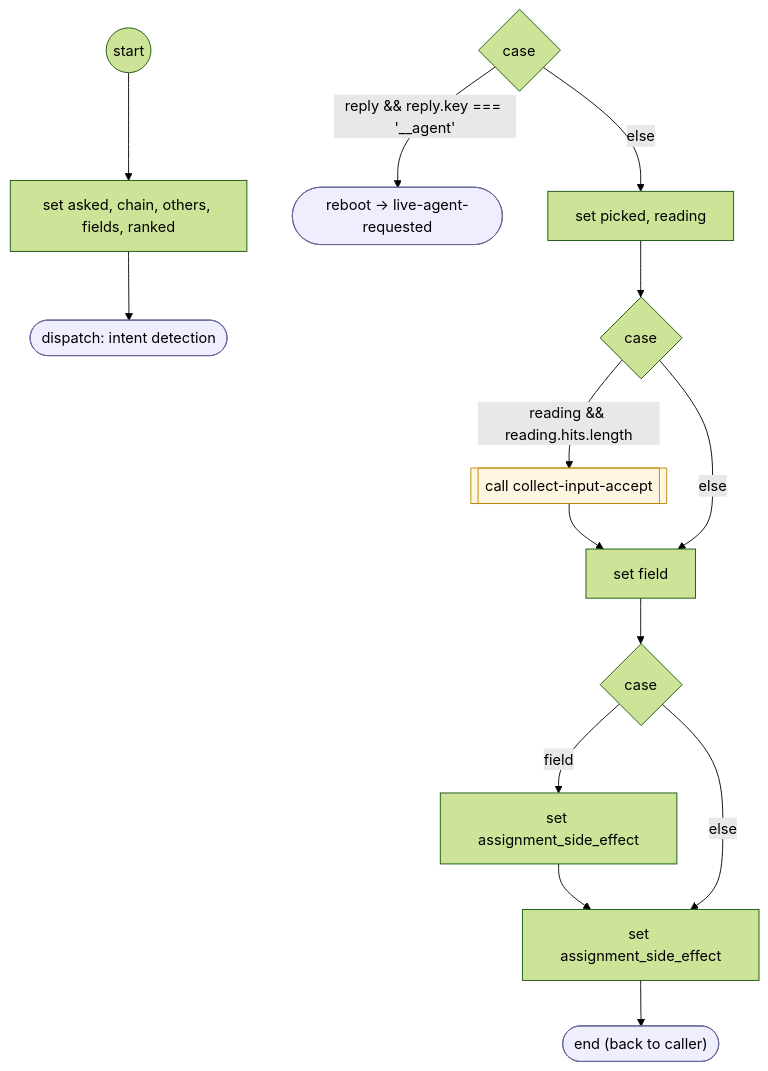
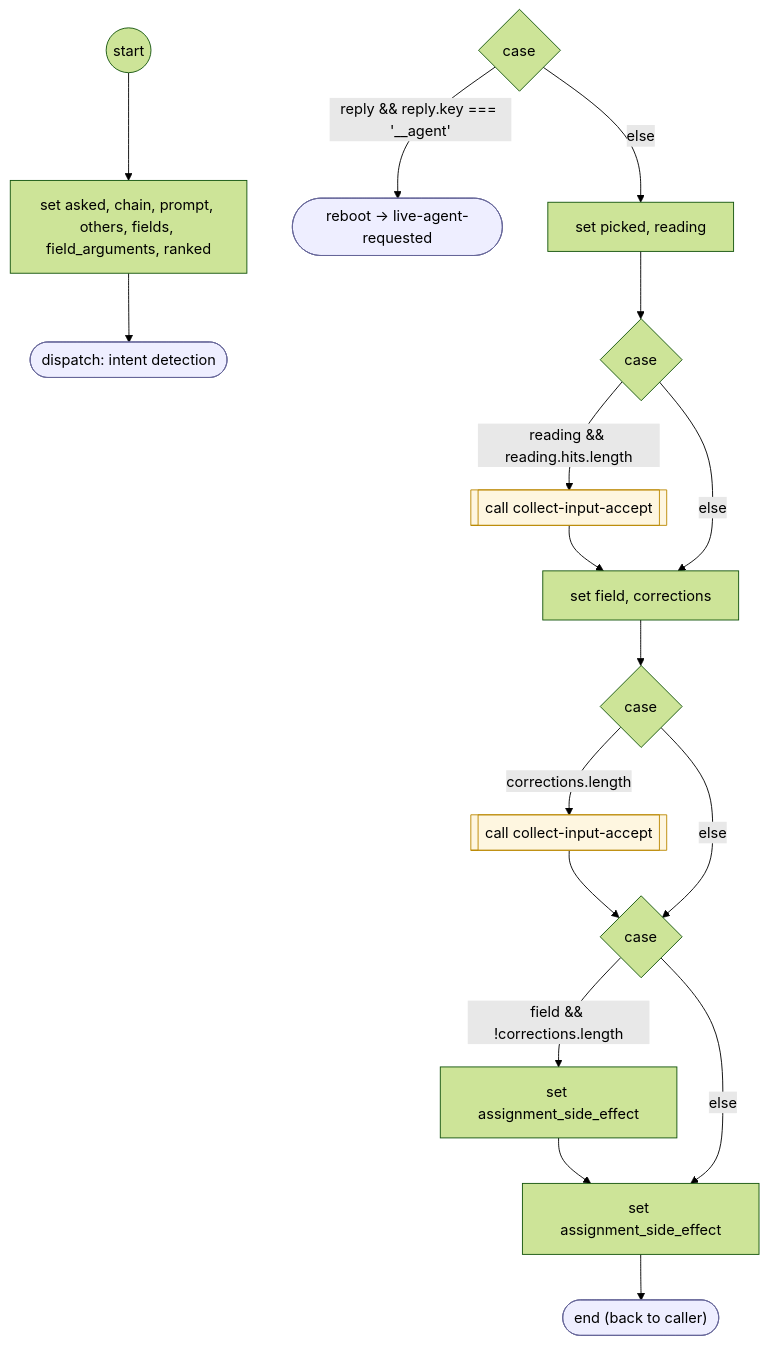
One commit to ronpinkas/jsfe changed the diagram in docs/flows/system/read-confirm-reply.md. Above: the diagram before and after it, drawn with Mermaid (forest theme). The commit also changed other lines of this file and 16 other files, not shown here.

````diff
--- a/docs/flows/system/read-confirm-reply.md
+++ b/docs/flows/system/read-confirm-reply.md
@@ -19,37 +20,43 @@
 ```mermaid
 flowchart TD
    START(("start"))
-   n0["set asked, chain, others, fields, ranked"]
+   n0["set asked, chain, prompt, others, fields, field_arguments, ranked"]
    START --> n0
    n1(["dispatch: intent detection"])
    class n1 endstep
    n0 --> n1
    c2{"case"}
    b3(["reboot → live-agent-requested"])
    class b3 endstep
    c2 -- "reply && reply.key === '__agent'" --> b3
    n4["set picked, reading"]
    c2 -- "else" --> n4
    c5{"case"}
    n4 --> c5
    b6[["call collect-input-accept"]]
    class b6 flowstep
    c5 -- "reading && reading.hits.length" --> b6
-   n7["set field"]
+   n7["set field, corrections"]
    b6 --> n7
    c5 -- "else" --> n7
    c8{"case"}
    n7 --> c8
-   b9["set assignment_side_effect"]
-   c8 -- "field" --> b9
-   n10["set assignment_side_effect"]
-   b9 --> n10
-   c8 -- "else" --> n10
+   b9[["call collect-input-accept"]]
+   class b9 flowstep
+   c8 -- "corrections.length" --> b9
+   c10{"case"}
+   b9 --> c10
+   c8 -- "else" --> c10
+   b11["set assignment_side_effect"]
+   c10 -- "field && !corrections.length" --> b11
+   n12["set assignment_side_effect"]
+   b11 --> n12
+   c10 -- "else" --> n12
    DONE(["end (back to caller)"])
    class DONE endstep
-   n10 --> DONE
+   n12 --> DONE
    classDef endstep fill:#eef,stroke:#669
    classDef toolstep fill:#efe,stroke:#696
    classDef flowstep fill:#fef6e0,stroke:#b80
    classDef inputstep fill:#f3eefc,stroke:#75a
 ```
````
